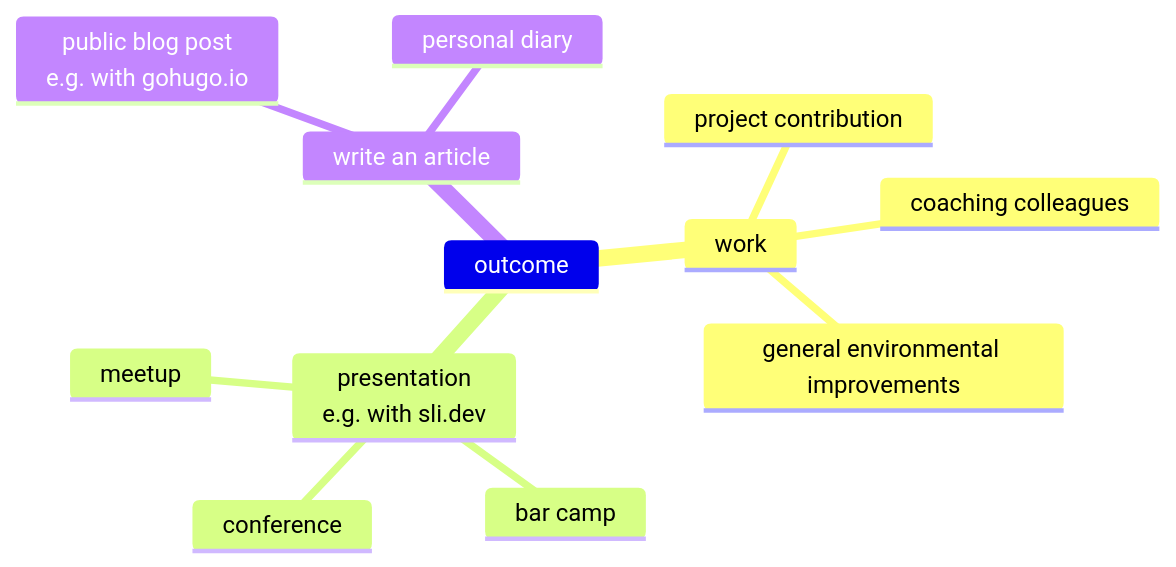
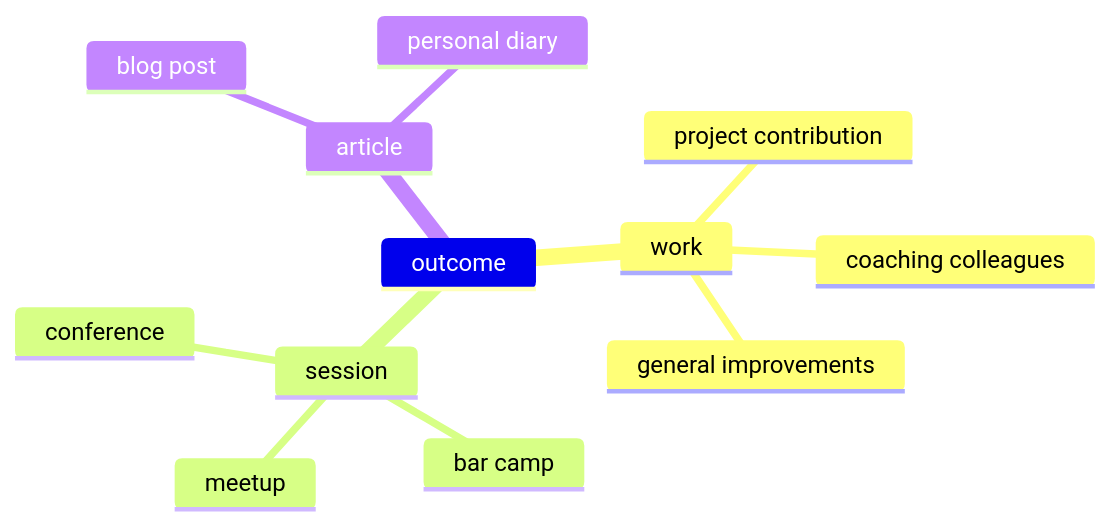
Before and after one commit to sourcefranke/learning-logs-presentation: the diagram in pages/outcome.md, drawn with Mermaid.

Commit message:
shorten text

````diff
--- a/pages/outcome.md
+++ b/pages/outcome.md
@@ -10,15 +10,15 @@
 ```mermaid {scale: 1}
 mindmap
   outcome
     work
         project contribution
         coaching colleagues
-        general environmental improvements
-    presentation<br>e.g. with sli.dev
+        general improvements
+    session
         conference
         bar camp
         meetup
-    write an article
-        public blog post<br>e.g. with gohugo.io
+    article
+        blog post
         personal diary
 ```
````
